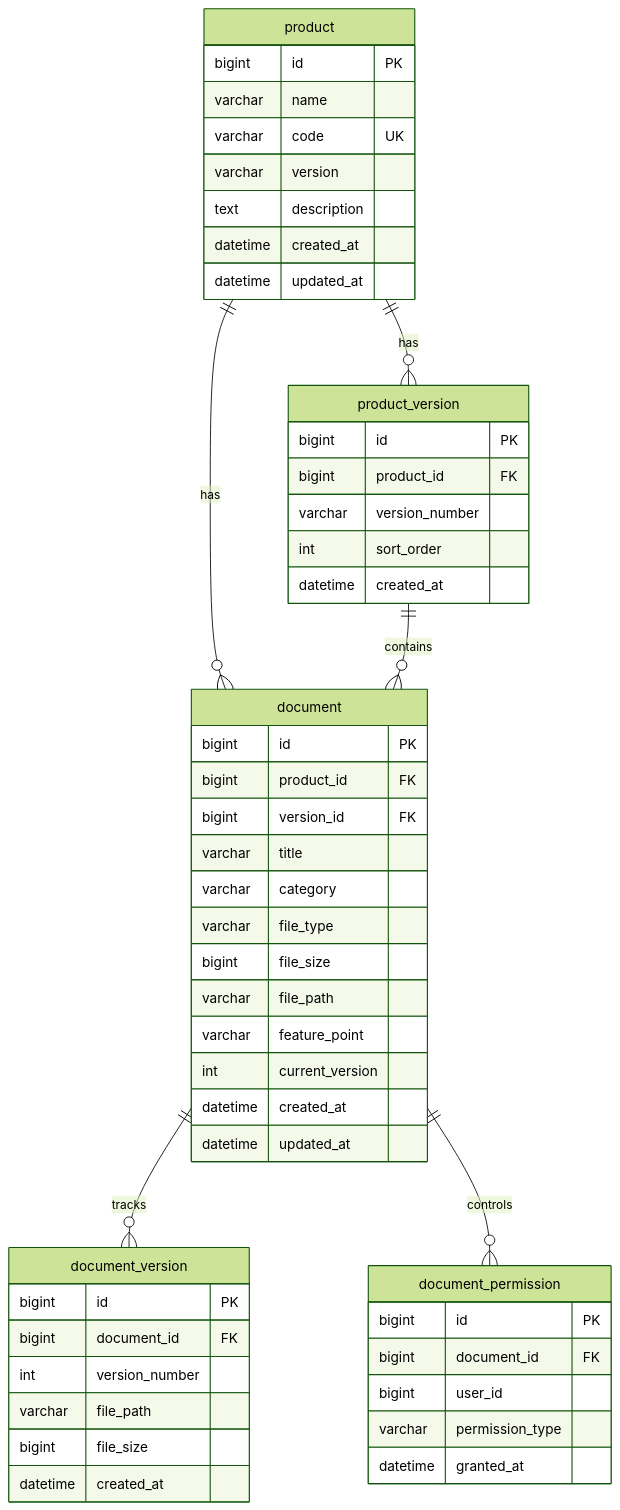
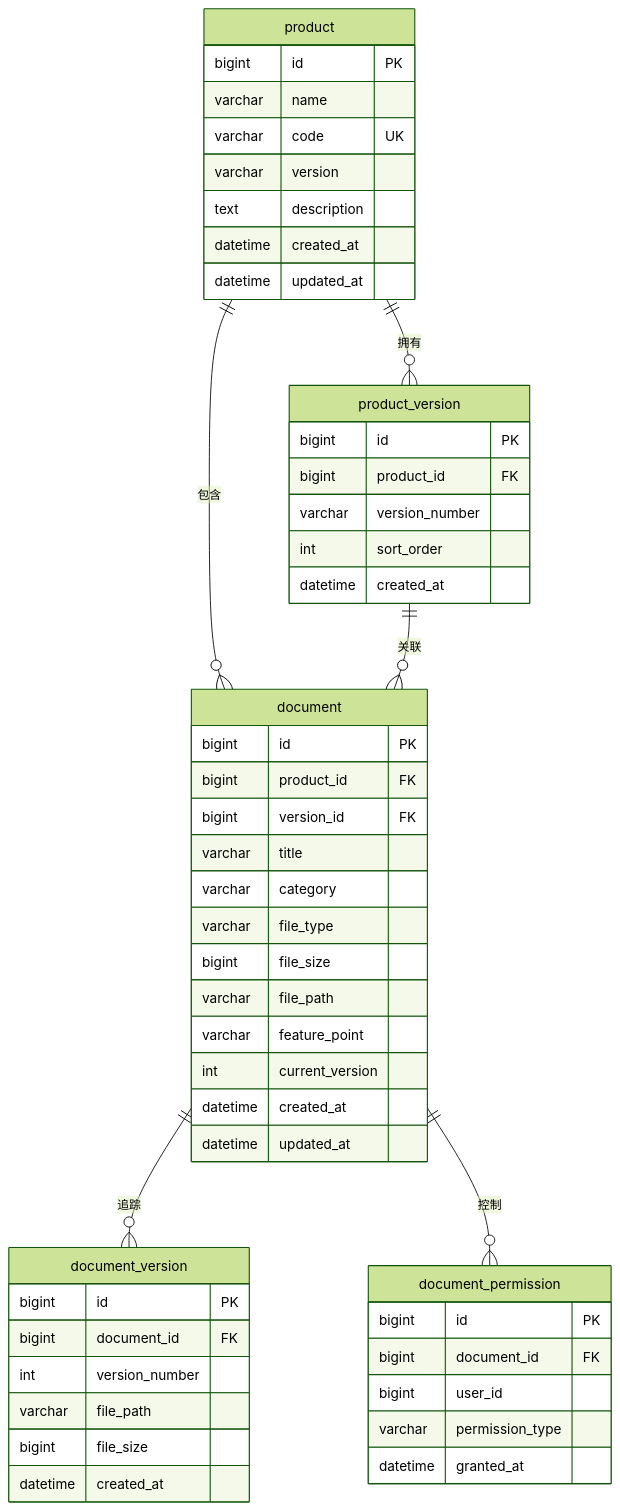
One commit to dulylau/aikb changed the fourth of 4 diagrams in .monkeycode/specs/product-management/design.md. Above: the diagram before and after it, drawn with Mermaid (forest theme). The commit also changed other lines of this file and 1 other file, not shown here.

Commit message:
docs: translate product-management spec to Chinese Co-authored-by: monkeycode-ai <monkeycode-ai@chaitin.com>

````diff
--- a/.monkeycode/specs/product-management/design.md
+++ b/.monkeycode/specs/product-management/design.md
@@ -160,53 +160,53 @@
 ```mermaid
 erDiagram
     product {
         bigint id PK
         varchar name
         varchar code UK
         varchar version
         text description
         datetime created_at
         datetime updated_at
     }
     product_version {
         bigint id PK
         bigint product_id FK
         varchar version_number
         int sort_order
         datetime created_at
     }
     document {
         bigint id PK
         bigint product_id FK
         bigint version_id FK
         varchar title
         varchar category
         varchar file_type
         bigint file_size
         varchar file_path
         varchar feature_point
         int current_version
         datetime created_at
         datetime updated_at
     }
     document_version {
         bigint id PK
         bigint document_id FK
         int version_number
         varchar file_path
         bigint file_size
         datetime created_at
     }
     document_permission {
         bigint id PK
         bigint document_id FK
         bigint user_id
         varchar permission_type
         datetime granted_at
     }
-    product ||--o{ product_version : has
-    product ||--o{ document : has
-    product_version ||--o{ document : contains
-    document ||--o{ document_version : tracks
-    document ||--o{ document_permission : controls
+    product ||--o{ product_version : 拥有
+    product ||--o{ document : 包含
+    product_version ||--o{ document : 关联
+    document ||--o{ document_version : 追踪
+    document ||--o{ document_permission : 控制
 ```
````
